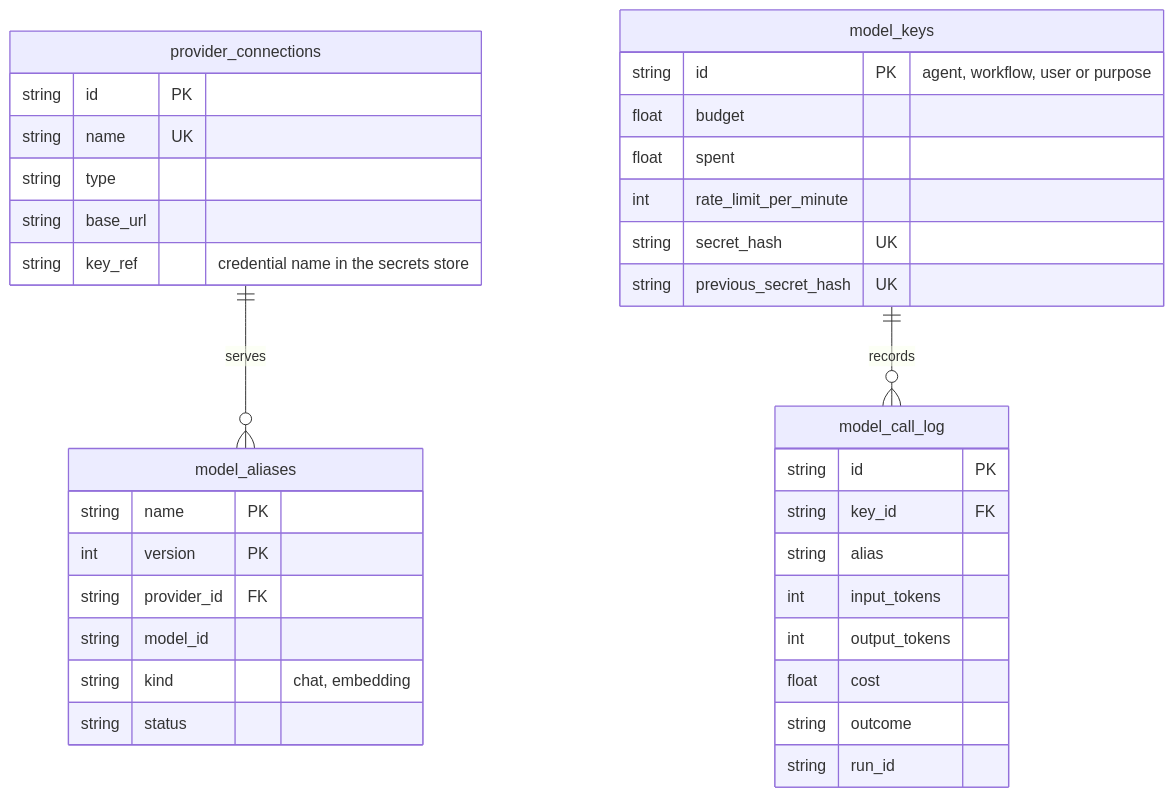
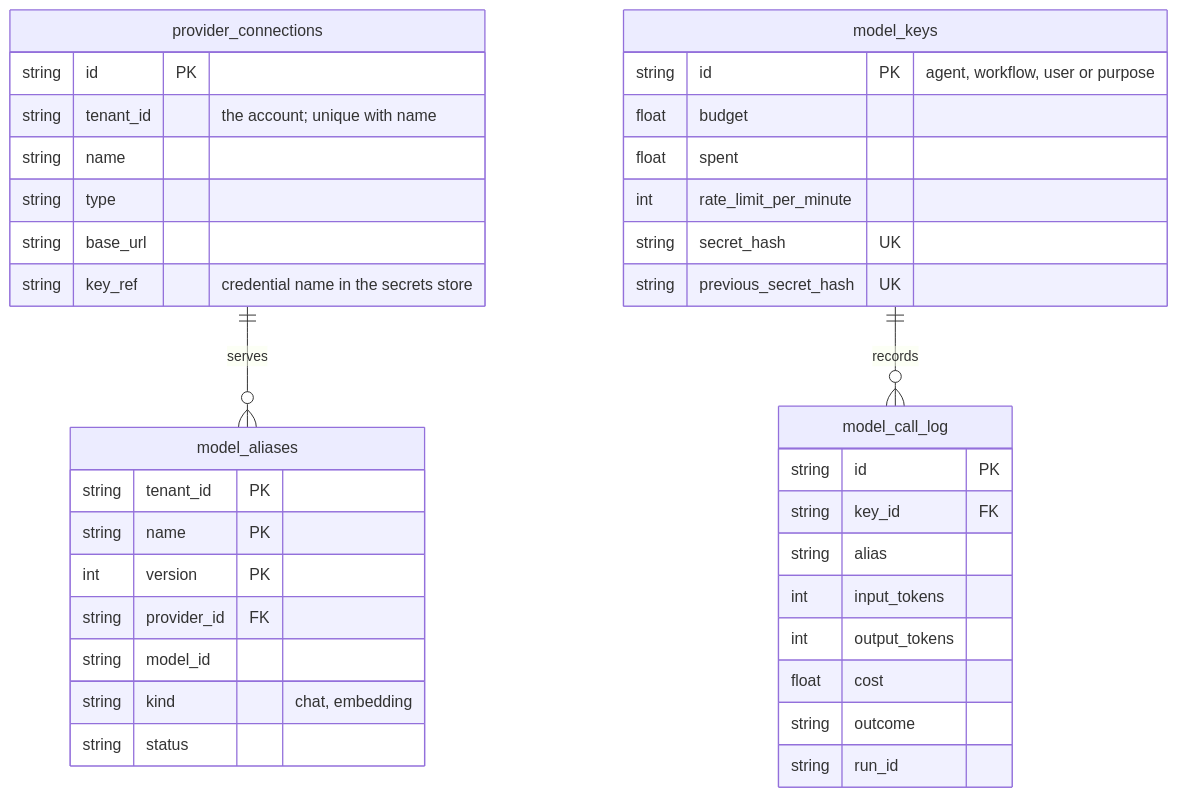
The sixth of 8 diagrams in docs/architecture/data-model.md (chanl-ai/ops-ai), drawn with Mermaid before and after one commit. The commit also changed other lines of this file and 32 other files, not shown here.

````diff
--- a/docs/architecture/data-model.md
+++ b/docs/architecture/data-model.md
@@ -512,38 +512,40 @@
 ```mermaid
 erDiagram
   provider_connections ||--o{ model_aliases : serves
   model_keys ||--o{ model_call_log : records
   provider_connections {
     string id PK
-    string name UK
+    string tenant_id "the account; unique with name"
+    string name
     string type
     string base_url
     string key_ref "credential name in the secrets store"
   }
   model_aliases {
+    string tenant_id PK
     string name PK
     int version PK
     string provider_id FK
     string model_id
     string kind "chat, embedding"
     string status
   }
   model_keys {
     string id PK "agent, workflow, user or purpose"
     float budget
     float spent
     int rate_limit_per_minute
     string secret_hash UK
     string previous_secret_hash UK
   }
   model_call_log {
     string id PK
     string key_id FK
     string alias
     int input_tokens
     int output_tokens
     float cost
     string outcome
     string run_id
   }
 ```
````
